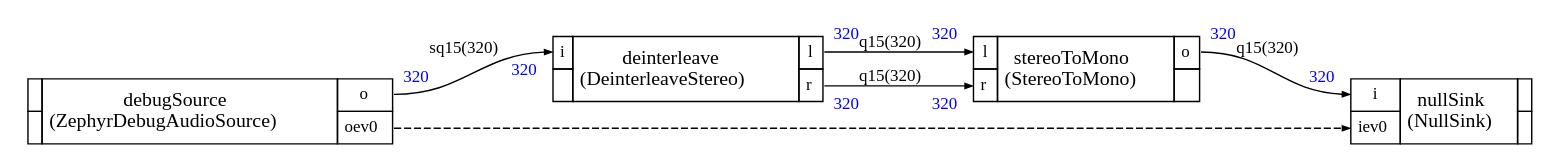
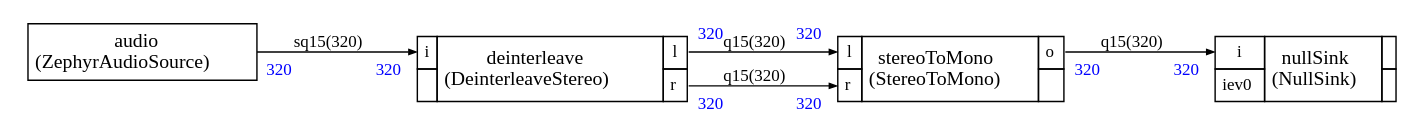
Before and after one commit to christophe0606/ZephyrAI: the diagram in src/stream/scheduler/graph.dot, drawn with Graphviz. The commit also changed 14 other files, not shown here.

```diff
--- a/src/stream/scheduler/graph.dot
+++ b/src/stream/scheduler/graph.dot
@@ -1,110 +1,98 @@
 
 
 
 
 
 
 digraph structs {
     bgcolor = "white"
     node [shape=plaintext,color="black",fontcolor="black",fontname="Times-Roman"]
     rankdir=LR
     edge [arrowsize="0.5",color="black",fontcolor="black",fontname="Times-Roman"]
 
 
-
-debugSource [label=<
+audio [label=<
 <TABLE color="black" bgcolor="none" BORDER="0" CELLBORDER="1" CELLSPACING="0" CELLPADDING="4">
   <TR>
-    <TD></TD>
-    <TD ALIGN="CENTER" ROWSPAN="2"><FONT COLOR="black" POINT-SIZE="14.0">debugSource<BR/>(ZephyrDebugAudioSource)</FONT></TD>
-    <TD PORT="o"><FONT POINT-SIZE="12.0" COLOR="black">o</FONT></TD>
+    <TD ALIGN="CENTER" PORT="i"><FONT COLOR="black" POINT-SIZE="14.0">audio<BR/>(ZephyrAudioSource)</FONT></TD>
   </TR>
-<TR>
- 
-<TD></TD>
-<TD PORT="oev0"><FONT POINT-SIZE="12.0" COLOR="black">oev0</FONT></TD>
-</TR>
-
 </TABLE>>];
 
 
 deinterleave [label=<
 <TABLE color="black" bgcolor="none" BORDER="0" CELLBORDER="1" CELLSPACING="0" CELLPADDING="4">
   <TR>
     <TD PORT="i"><FONT POINT-SIZE="12.0" COLOR="black">i</FONT></TD>
     <TD ALIGN="CENTER" ROWSPAN="2"><FONT COLOR="black" POINT-SIZE="14.0">deinterleave<BR/>(DeinterleaveStereo)</FONT></TD>
     <TD PORT="l"><FONT POINT-SIZE="12.0" COLOR="black">l</FONT></TD>
   </TR>
 <TR>
  
 <TD></TD>
 <TD PORT="r"><FONT POINT-SIZE="12.0" COLOR="black">r</FONT></TD>
 </TR>
 
 </TABLE>>];
 
 
 nullSink [label=<
 <TABLE color="black" bgcolor="none" BORDER="0" CELLBORDER="1" CELLSPACING="0" CELLPADDING="4">
   <TR>
     <TD PORT="i"><FONT POINT-SIZE="12.0" COLOR="black">i</FONT></TD>
     <TD ALIGN="CENTER" ROWSPAN="2"><FONT COLOR="black" POINT-SIZE="14.0">nullSink<BR/>(NullSink)</FONT></TD>
     <TD></TD>
   </TR>
 <TR>
 <TD PORT="iev0"><FONT POINT-SIZE="12.0" COLOR="black">iev0</FONT></TD>
 
  
 <TD></TD></TR>
 
 </TABLE>>];
 
 
 stereoToMono [label=<
 <TABLE color="black" bgcolor="none" BORDER="0" CELLBORDER="1" CELLSPACING="0" CELLPADDING="4">
   <TR>
     <TD PORT="l"><FONT POINT-SIZE="12.0" COLOR="black">l</FONT></TD>
     <TD ALIGN="CENTER" ROWSPAN="2"><FONT COLOR="black" POINT-SIZE="14.0">stereoToMono<BR/>(StereoToMono)</FONT></TD>
     <TD PORT="o"><FONT POINT-SIZE="12.0" COLOR="black">o</FONT></TD>
   </TR>
 <TR>
 <TD PORT="r"><FONT POINT-SIZE="12.0" COLOR="black">r</FONT></TD>
 
  
 <TD></TD></TR>
 
 </TABLE>>];
 
 
 
-debugSource:o -> deinterleave:i [style="solid",color="black",fontsize="12.0",fontcolor="black",label=<sq15(320)>
+audio:i -> deinterleave:i [style="solid",color="black",fontsize="12.0",fontcolor="black",label=<sq15(320)>
 ,headlabel=<<TABLE BORDER="0" CELLPADDING="4"><TR><TD><FONT COLOR="blue" POINT-SIZE="12.0" >320</FONT>
 </TD></TR></TABLE>>
 ,taillabel=<<TABLE BORDER="0" CELLPADDING="4"><TR><TD><FONT COLOR="blue" POINT-SIZE="12.0" >320</FONT>
 </TD></TR></TABLE>>]
 
 deinterleave:l -> stereoToMono:l [style="solid",color="black",fontsize="12.0",fontcolor="black",label=<q15(320)>
 ,headlabel=<<TABLE BORDER="0" CELLPADDING="4"><TR><TD><FONT COLOR="blue" POINT-SIZE="12.0" >320</FONT>
 </TD></TR></TABLE>>
 ,taillabel=<<TABLE BORDER="0" CELLPADDING="4"><TR><TD><FONT COLOR="blue" POINT-SIZE="12.0" >320</FONT>
 </TD></TR></TABLE>>]
 
 deinterleave:r -> stereoToMono:r [style="solid",color="black",fontsize="12.0",fontcolor="black",label=<q15(320)>
 ,headlabel=<<TABLE BORDER="0" CELLPADDING="4"><TR><TD><FONT COLOR="blue" POINT-SIZE="12.0" >320</FONT>
 </TD></TR></TABLE>>
 ,taillabel=<<TABLE BORDER="0" CELLPADDING="4"><TR><TD><FONT COLOR="blue" POINT-SIZE="12.0" >320</FONT>
 </TD></TR></TABLE>>]
 
 stereoToMono:o -> nullSink:i [style="solid",color="black",fontsize="12.0",fontcolor="black",label=<q15(320)>
 ,headlabel=<<TABLE BORDER="0" CELLPADDING="4"><TR><TD><FONT COLOR="blue" POINT-SIZE="12.0" >320</FONT>
 </TD></TR></TABLE>>
 ,taillabel=<<TABLE BORDER="0" CELLPADDING="4"><TR><TD><FONT COLOR="blue" POINT-SIZE="12.0" >320</FONT>
 </TD></TR></TABLE>>]
 
 
 
-debugSource:oev0 -> nullSink:iev0 [style="dashed",color="black",fontsize="12.0",fontcolor="black",label=<>
-
-]
 
 }
```
